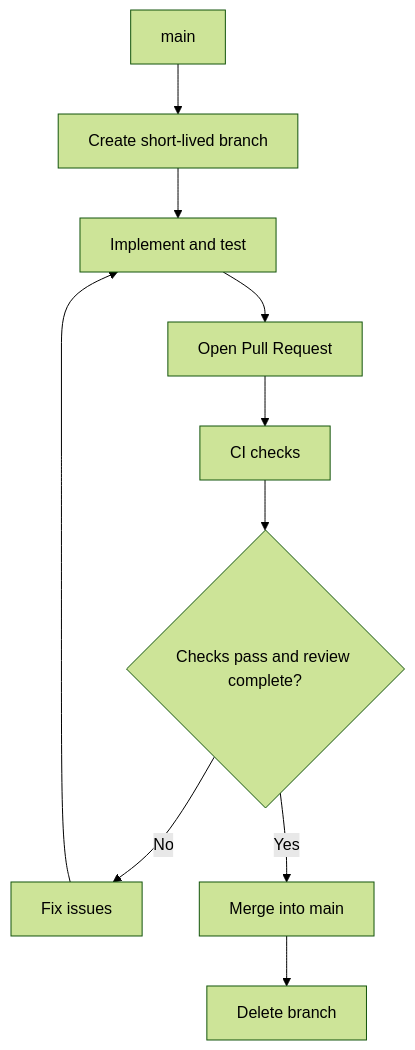
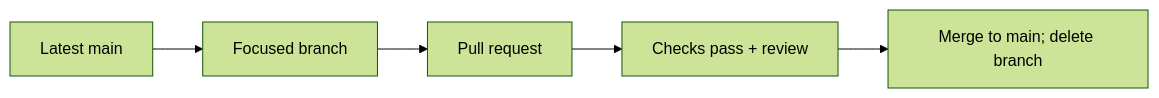
The diagram in CONTRIBUTING.md (IciaCarroBarallobre/Psypedia), drawn with Mermaid (forest theme) before and after one commit. The commit also changed other lines of this file and 6 other files, not shown here.

````diff
--- a/CONTRIBUTING.md
+++ b/CONTRIBUTING.md
@@ -69,16 +46,5 @@
 ```mermaid
-flowchart TD
-    A["main"]
-    B["Create short-lived branch"]
-    C["Implement and test"]
-    D["Open Pull Request"]
-    E["CI checks"]
-    F{"Checks pass and review complete?"}
-    G["Fix issues"]
-    H["Merge into main"]
-    I["Delete branch"]
-
-    A --> B --> C --> D --> E --> F
-    F -->|No| G --> C
-    F -->|Yes| H --> I
+flowchart LR
+    Main["Latest main"] --> Branch["Focused branch"] --> PR["Pull request"]
+    PR --> Review["Checks pass + review"] --> Merge["Merge to main; delete branch"]
 ```
````
